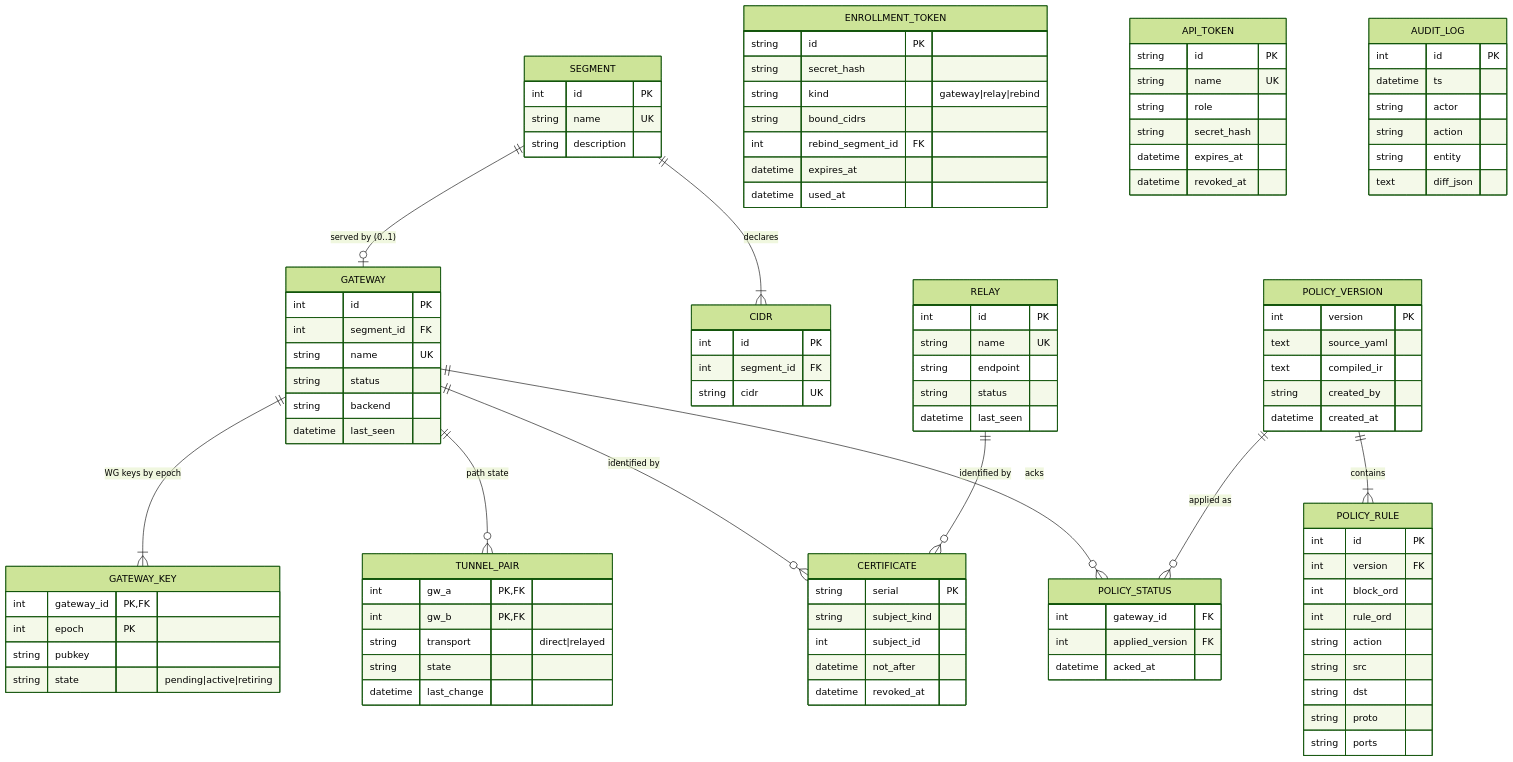
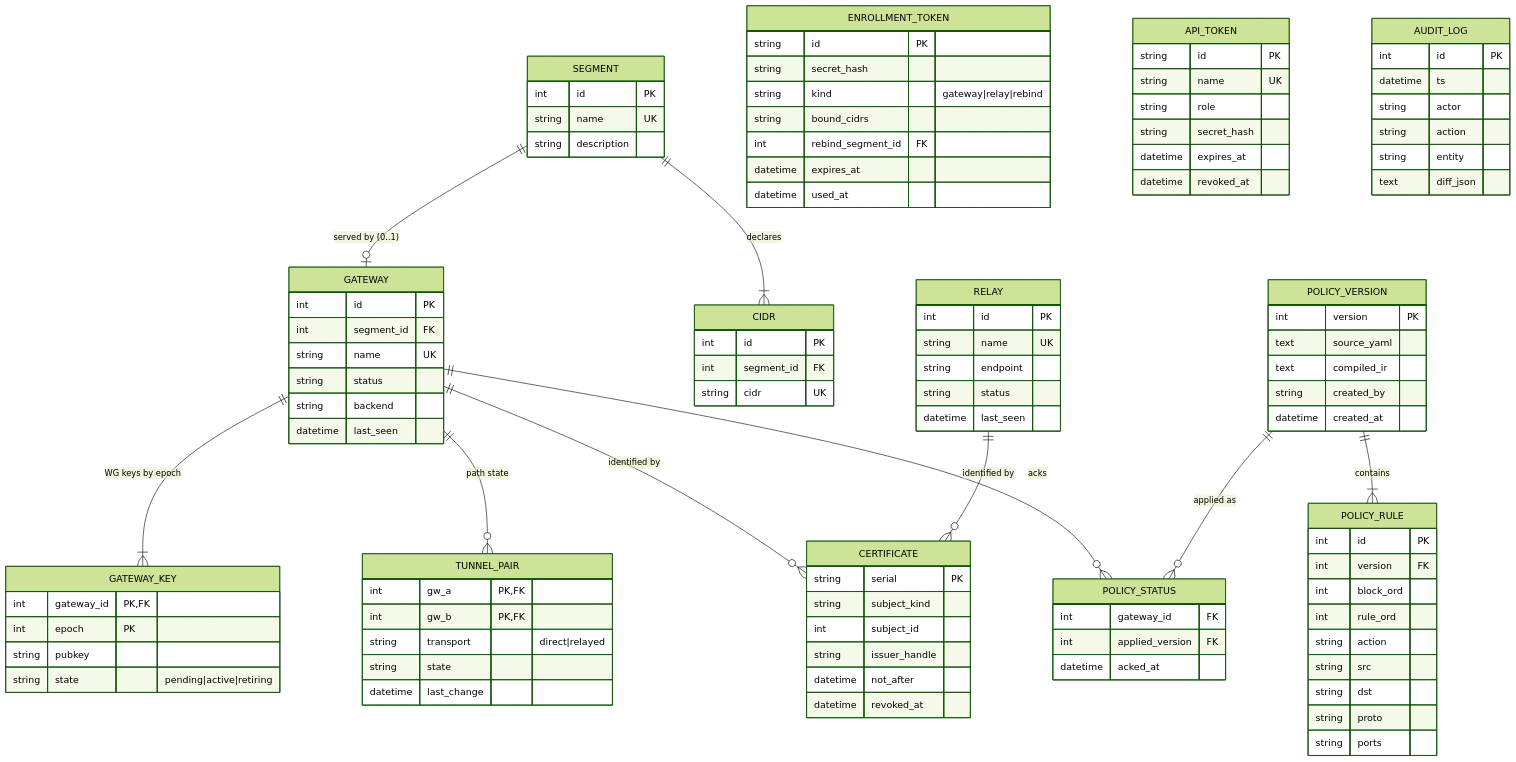
The fourth of 7 diagrams in docs/superpowers/specs/2026-07-15-aetherlink-engineering-design.md (zozo6015/wireMesh), drawn with Mermaid (forest theme) before and after one commit. The commit also changed other lines of this file, not shown here.

First line of the commit message:
docs: add pluggable SecretStore/CertificateIssuer provider seams (D6)

````diff
--- a/docs/superpowers/specs/2026-07-15-aetherlink-engineering-design.md
+++ b/docs/superpowers/specs/2026-07-15-aetherlink-engineering-design.md
@@ -168,26 +214,26 @@
 ```mermaid
 erDiagram
     SEGMENT ||--o| GATEWAY : "served by (0..1)"
     SEGMENT ||--|{ CIDR : declares
     GATEWAY ||--|{ GATEWAY_KEY : "WG keys by epoch"
     GATEWAY ||--o{ TUNNEL_PAIR : "path state"
     GATEWAY ||--o{ CERTIFICATE : "identified by"
     RELAY ||--o{ CERTIFICATE : "identified by"
     POLICY_VERSION ||--|{ POLICY_RULE : contains
     GATEWAY ||--o{ POLICY_STATUS : acks
     POLICY_VERSION ||--o{ POLICY_STATUS : "applied as"
 
     SEGMENT { int id PK  string name UK  string description }
     CIDR { int id PK  int segment_id FK  string cidr UK }
     GATEWAY { int id PK  int segment_id FK  string name UK  string status  string backend  datetime last_seen }
     GATEWAY_KEY { int gateway_id PK,FK  int epoch PK  string pubkey  string state "pending|active|retiring" }
     TUNNEL_PAIR { int gw_a PK,FK  int gw_b PK,FK  string transport "direct|relayed"  string state  datetime last_change }
     RELAY { int id PK  string name UK  string endpoint  string status  datetime last_seen }
-    CERTIFICATE { string serial PK  string subject_kind  int subject_id  datetime not_after  datetime revoked_at }
+    CERTIFICATE { string serial PK  string subject_kind  int subject_id  string issuer_handle  datetime not_after  datetime revoked_at }
     ENROLLMENT_TOKEN { string id PK  string secret_hash  string kind "gateway|relay|rebind"  string bound_cidrs  int rebind_segment_id FK  datetime expires_at  datetime used_at }
     POLICY_VERSION { int version PK  text source_yaml  text compiled_ir  string created_by  datetime created_at }
     POLICY_RULE { int id PK  int version FK  int block_ord  int rule_ord  string action  string src  string dst  string proto  string ports }
     POLICY_STATUS { int gateway_id FK  int applied_version FK  datetime acked_at }
     API_TOKEN { string id PK  string name UK  string role  string secret_hash  datetime expires_at  datetime revoked_at }
     AUDIT_LOG { int id PK  datetime ts  string actor  string action  string entity  text diff_json }
 ```
````
